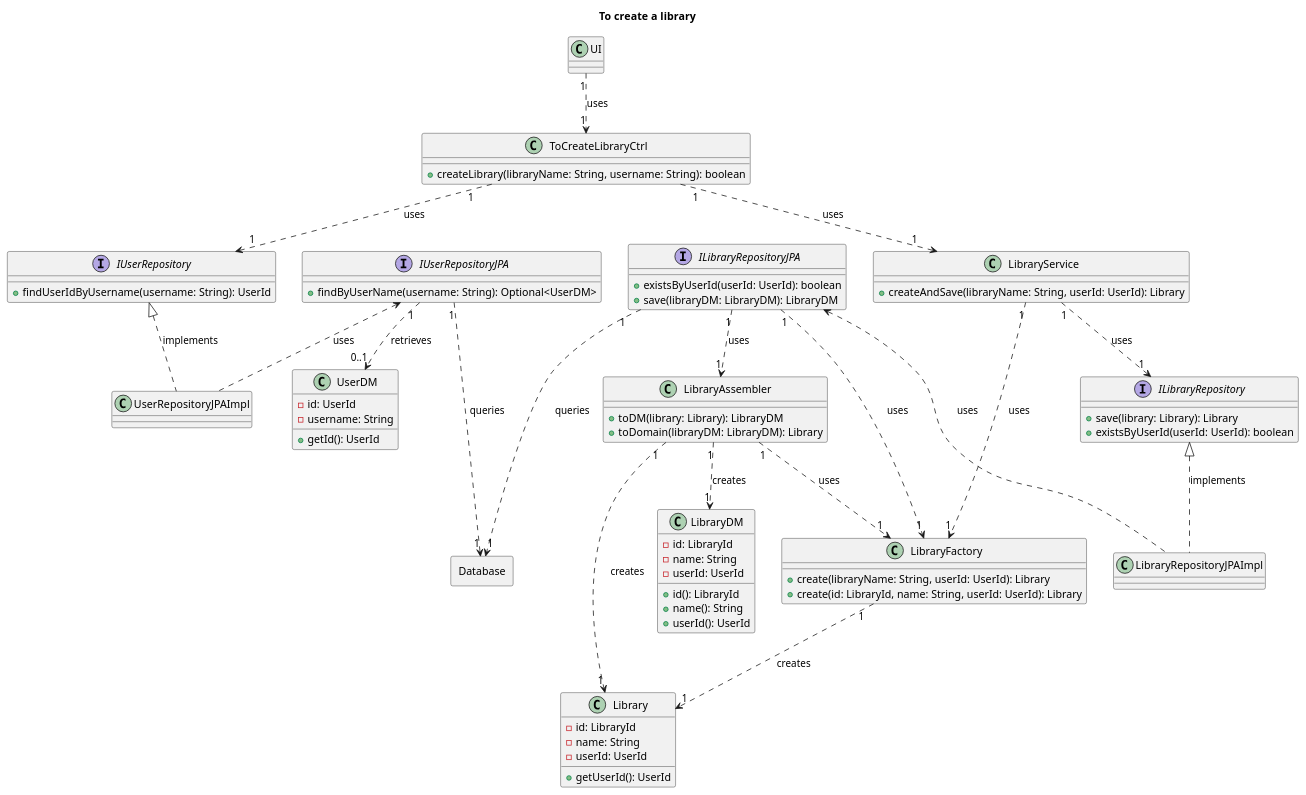
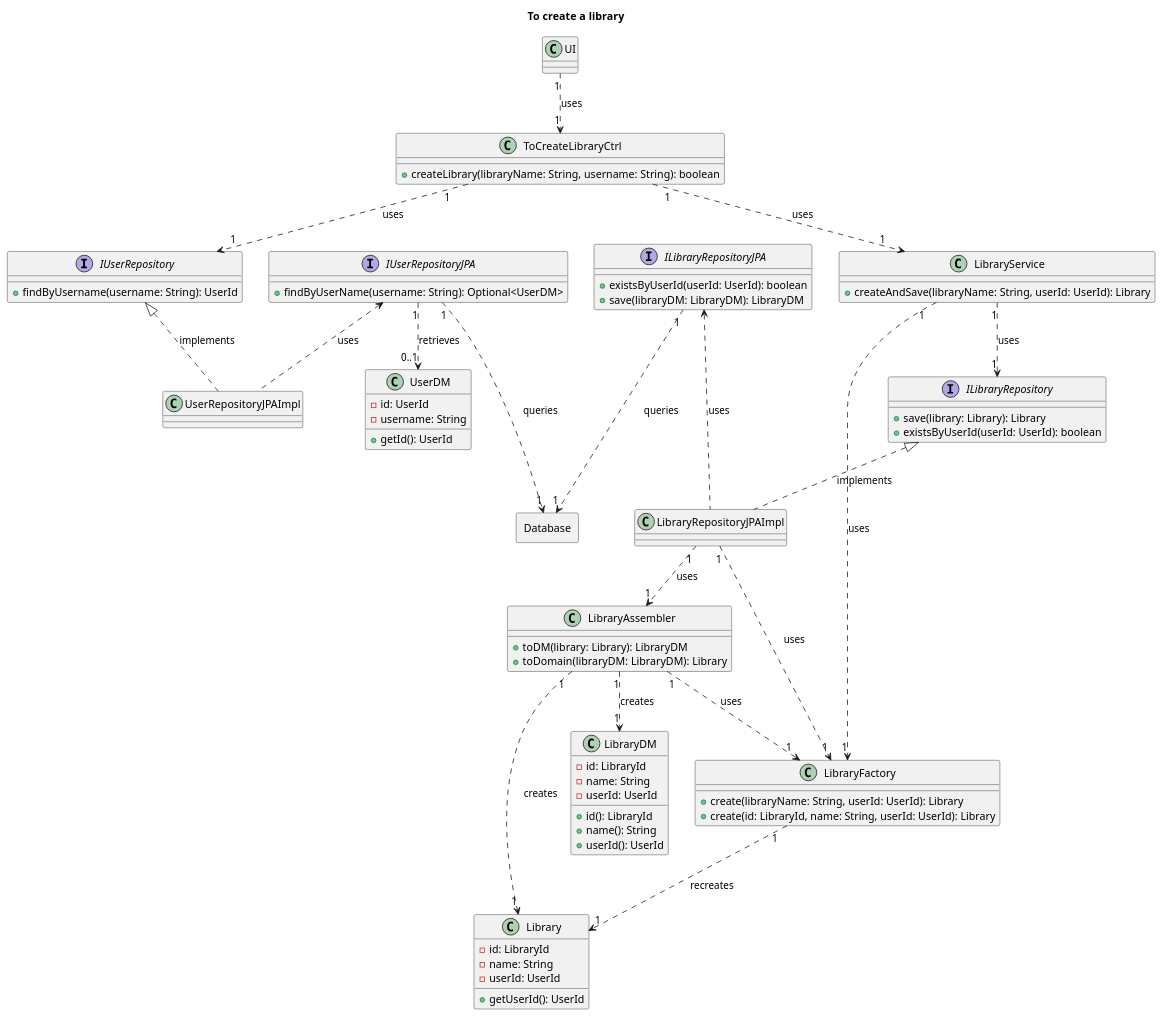
One commit to AndrePereiraGitH/SWitCH-Project-Team_A changed the diagram in Diagrams/ClassDiagrams/To-create-a-library.puml. Above: the diagram before and after it, drawn with PlantUML. The commit also changed 4 other files, not shown here.

Commit message:
refactor #651 #699 #674: fix class diagram JPA interface relationships

```diff
--- a/Diagrams/ClassDiagrams/To-create-a-library.puml
+++ b/Diagrams/ClassDiagrams/To-create-a-library.puml
@@ -1,105 +1,105 @@
 @startuml
 title To create a library
 
 ' ── UI Layer ───────────────────────────────────────────────
 class UI {
 }
 
 ' ── Application Layer ──────────────────────────────────────
 class ToCreateLibraryCtrl {
     + createLibrary(libraryName: String, username: String): boolean
 }
 
 class LibraryService {
     + createAndSave(libraryName: String, userId: UserId): Library
 }
 
 ' ── Domain Layer ───────────────────────────────────────────
 interface IUserRepository {
-    + findUserIdByUsername(username: String): UserId
+    + findByUsername(username: String): UserId
 }
 
 interface ILibraryRepository {
     + save(library: Library): Library
     + existsByUserId(userId: UserId): boolean
 }
 
 class LibraryFactory {
     + create(libraryName: String, userId: UserId): Library
     + create(id: LibraryId, name: String, userId: UserId): Library
 }
 
 class Library {
     - id: LibraryId
     - name: String
     - userId: UserId
     + getUserId(): UserId
 }
 
 class LibraryRepositoryJPAImpl{
 }
 
 class UserRepositoryJPAImpl{
 }
 
 ' ── Infrastructure Layer ───────────────────────────────────
 interface IUserRepositoryJPA {
     + findByUserName(username: String): Optional<UserDM>
 }
 
 interface ILibraryRepositoryJPA {
     + existsByUserId(userId: UserId): boolean
     + save(libraryDM: LibraryDM): LibraryDM
 }
 
 class LibraryAssembler {
     + toDM(library: Library): LibraryDM
     + toDomain(libraryDM: LibraryDM): Library
 }
 
 class UserDM {
     - id: UserId
     - username: String
     + getId(): UserId
 }
 
 class LibraryDM {
     - id: LibraryId
     - name: String
     - userId: UserId
     + id(): LibraryId
     + name(): String
     + userId(): UserId
 }
 
 Rectangle Database {
 }
 
 ' ── Relationships ──────────────────────────────────────────
 UI "1" ..> "1" ToCreateLibraryCtrl : uses
 ToCreateLibraryCtrl "1" ..> "1" IUserRepository : uses
 ToCreateLibraryCtrl "1" ..> "1" LibraryService : uses
 
 LibraryService "1" ..> "1" LibraryFactory : uses
 LibraryService "1" ..> "1" ILibraryRepository : uses
 
 IUserRepository <|.. UserRepositoryJPAImpl : implements
 IUserRepositoryJPA <.. UserRepositoryJPAImpl : uses
 
 ILibraryRepository <|.. LibraryRepositoryJPAImpl : implements
 ILibraryRepositoryJPA <.. LibraryRepositoryJPAImpl : uses
 
-ILibraryRepositoryJPA "1" ..> "1" LibraryAssembler : uses
-ILibraryRepositoryJPA "1" ..> "1" LibraryFactory : uses
+LibraryRepositoryJPAImpl "1" ..> "1" LibraryAssembler : uses
+LibraryRepositoryJPAImpl "1" ..> "1" LibraryFactory : uses
 
 LibraryAssembler "1" ..> "1" LibraryDM : creates
 LibraryAssembler "1" ..> "1" Library : creates
 LibraryAssembler "1" ..> "1" LibraryFactory : uses
 
-LibraryFactory "1" ..> "1" Library : creates
+LibraryFactory "1" ..> "1" Library : recreates
 
 IUserRepositoryJPA "1" ..> "0..1" UserDM : retrieves
 IUserRepositoryJPA "1" ...> "1" Database : queries
 ILibraryRepositoryJPA "1" ...> "1" Database : queries
 
 @enduml
```
